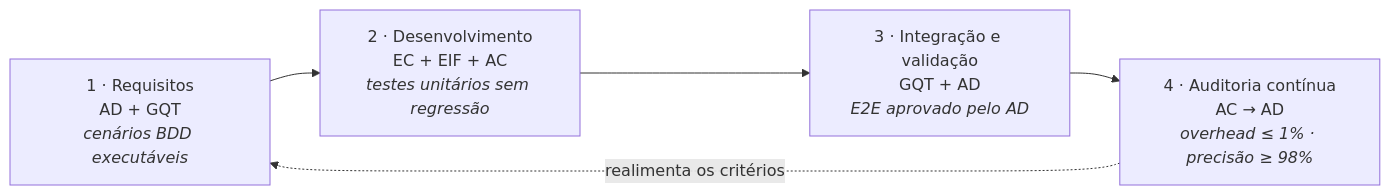
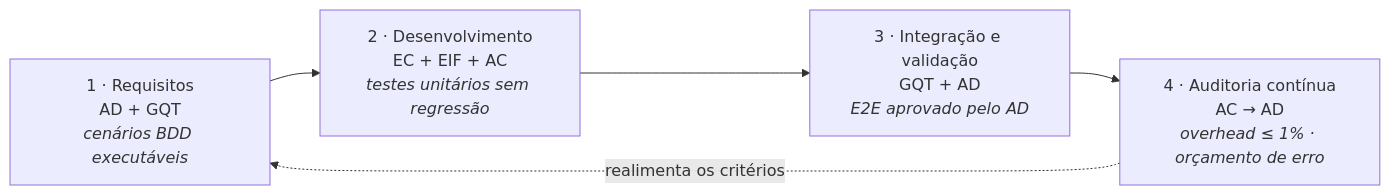
The second of 2 diagrams in AGENTS.md (0b3st4f3r4/verbo), drawn with Mermaid before and after one commit. The commit also changed other lines of this file and 6 other files, not shown here.

````diff
--- a/AGENTS.md
+++ b/AGENTS.md
@@ -184,10 +184,10 @@
 ```mermaid
 flowchart LR
     R["1 · Requisitos<br/>AD + GQT<br/><i>cenários BDD executáveis</i>"]
     D["2 · Desenvolvimento<br/>EC + EIF + AC<br/><i>testes unitários sem regressão</i>"]
     I["3 · Integração e validação<br/>GQT + AD<br/><i>E2E aprovado pelo AD</i>"]
-    A["4 · Auditoria contínua<br/>AC → AD<br/><i>overhead ≤ 1% · precisão ≥ 98%</i>"]
+    A["4 · Auditoria contínua<br/>AC → AD<br/><i>overhead ≤ 1% · orçamento de erro</i>"]
 
     R --> D --> I --> A
     A -.->|"realimenta os critérios"| R
 ```
````
